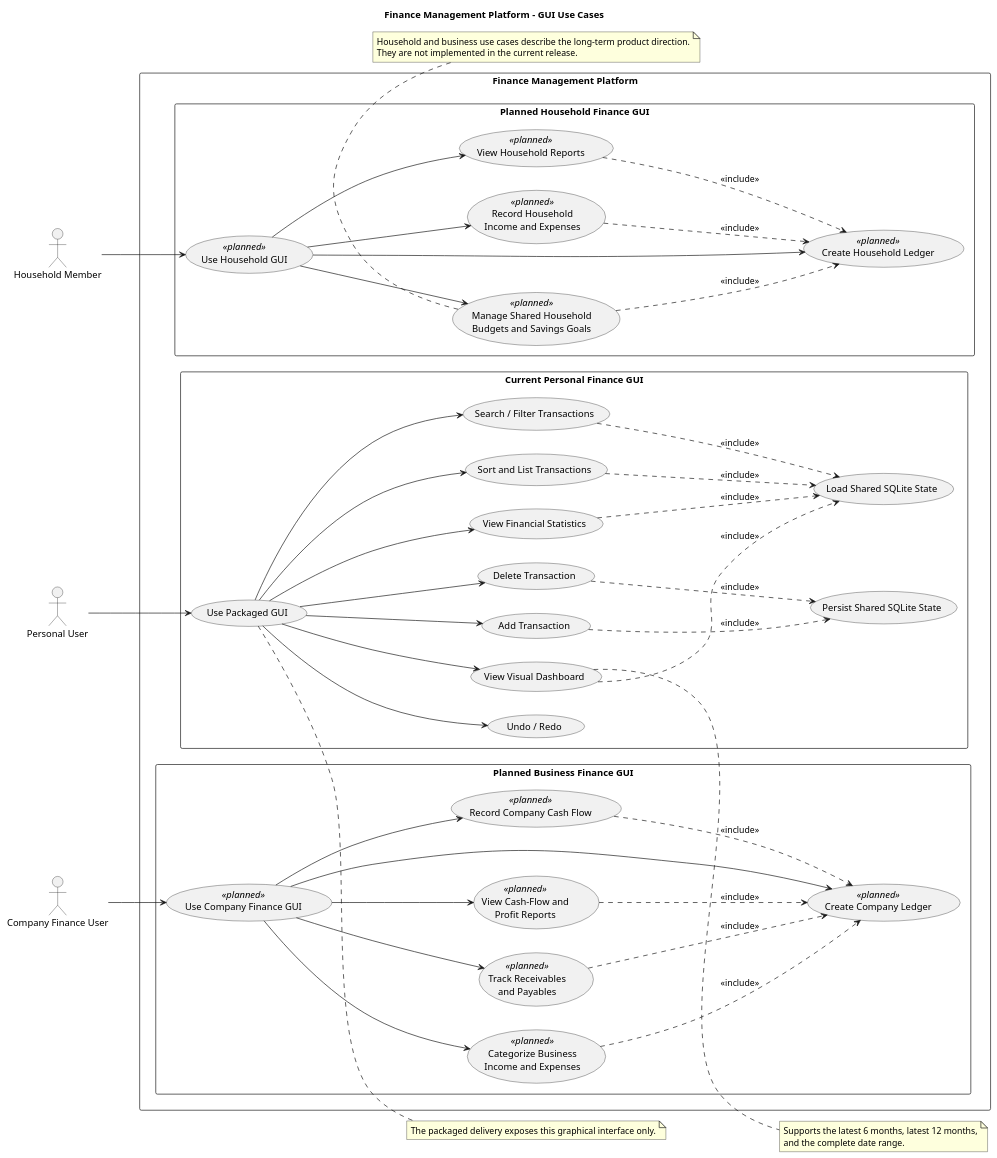
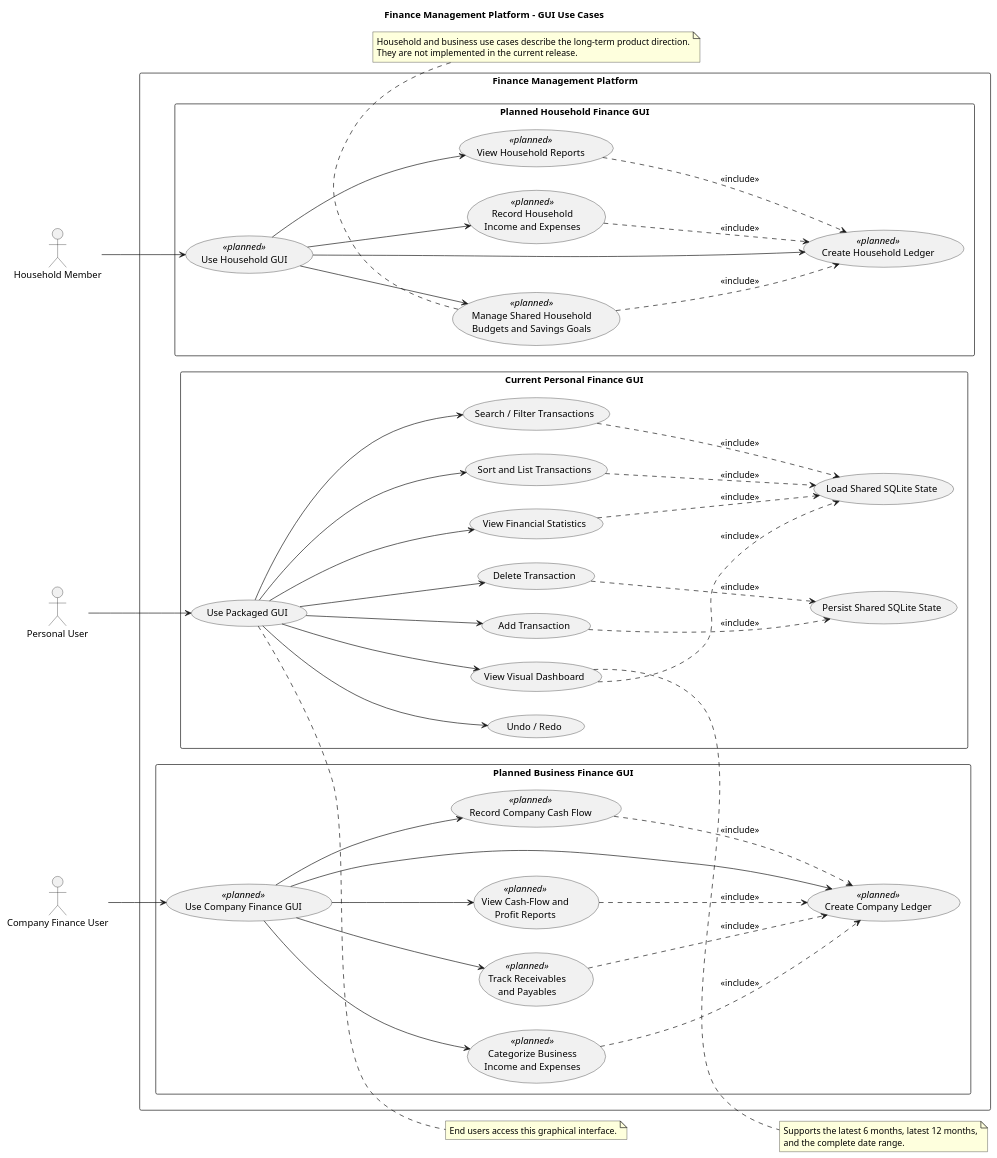
The diagram in docs/uml/02-use-cases.puml (pasta1223/finance-tracker), drawn with PlantUML before and after one commit. The commit also changed 52 other files, not shown here.

```diff
--- a/docs/uml/02-use-cases.puml
+++ b/docs/uml/02-use-cases.puml
@@ -1,94 +1,94 @@
 @startuml
 title Finance Management Platform - GUI Use Cases
 
 left to right direction
 skinparam packageStyle rectangle
 skinparam shadowing false
 
 actor "Personal User" as PersonalUser
 actor "Household Member" as HouseholdUser
 actor "Company Finance User" as BusinessUser
 
 rectangle "Finance Management Platform" {
   package "Current Personal Finance GUI" {
     usecase "Use Packaged GUI" as GUI
     usecase "Add Transaction" as UCAdd
     usecase "Delete Transaction" as UCDelete
     usecase "Search / Filter Transactions" as UCSearch
     usecase "Sort and List Transactions" as UCList
     usecase "View Financial Statistics" as UCStats
     usecase "Undo / Redo" as UCUndo
     usecase "View Visual Dashboard" as UCDashboard
     usecase "Persist Shared SQLite State" as UCSave
     usecase "Load Shared SQLite State" as UCLoad
   }
 
   package "Planned Household Finance GUI" {
     usecase "Use Household GUI" as HouseholdGUI <<planned>>
     usecase "Create Household Ledger" as UCHouseholdLedger <<planned>>
     usecase "Record Household\nIncome and Expenses" as UCHouseholdTransactions <<planned>>
     usecase "Manage Shared Household\nBudgets and Savings Goals" as UCHouseholdBudget <<planned>>
     usecase "View Household Reports" as UCHouseholdReports <<planned>>
   }
 
   package "Planned Business Finance GUI" {
     usecase "Use Company Finance GUI" as BusinessGUI <<planned>>
     usecase "Create Company Ledger" as UCCompanyLedger <<planned>>
     usecase "Record Company Cash Flow" as UCCompanyCashFlow <<planned>>
     usecase "Categorize Business\nIncome and Expenses" as UCCompanyCategories <<planned>>
     usecase "Track Receivables\nand Payables" as UCReceivables <<planned>>
     usecase "View Cash-Flow and\nProfit Reports" as UCCompanyReports <<planned>>
   }
 }
 
 PersonalUser --> GUI
 GUI --> UCAdd
 GUI --> UCDelete
 GUI --> UCSearch
 GUI --> UCList
 GUI --> UCStats
 GUI --> UCUndo
 GUI --> UCDashboard
 
 UCAdd ..> UCSave : <<include>>
 UCDelete ..> UCSave : <<include>>
 UCSearch ..> UCLoad : <<include>>
 UCStats ..> UCLoad : <<include>>
 UCList ..> UCLoad : <<include>>
 UCDashboard ..> UCLoad : <<include>>
 
 HouseholdUser --> HouseholdGUI
 HouseholdGUI --> UCHouseholdLedger
 HouseholdGUI --> UCHouseholdTransactions
 HouseholdGUI --> UCHouseholdBudget
 HouseholdGUI --> UCHouseholdReports
 UCHouseholdTransactions ..> UCHouseholdLedger : <<include>>
 UCHouseholdBudget ..> UCHouseholdLedger : <<include>>
 UCHouseholdReports ..> UCHouseholdLedger : <<include>>
 
 BusinessUser --> BusinessGUI
 BusinessGUI --> UCCompanyLedger
 BusinessGUI --> UCCompanyCashFlow
 BusinessGUI --> UCCompanyCategories
 BusinessGUI --> UCReceivables
 BusinessGUI --> UCCompanyReports
 UCCompanyCashFlow ..> UCCompanyLedger : <<include>>
 UCCompanyCategories ..> UCCompanyLedger : <<include>>
 UCReceivables ..> UCCompanyLedger : <<include>>
 UCCompanyReports ..> UCCompanyLedger : <<include>>
 
 note right of GUI
-  The packaged delivery exposes this graphical interface only.
+  End users access this graphical interface.
 end note
 
 note right of UCDashboard
   Supports the latest 6 months, latest 12 months,
   and the complete date range.
 end note
 
 note bottom of UCHouseholdBudget
   Household and business use cases describe the long-term product direction.
   They are not implemented in the current release.
 end note
 
 @enduml
```
